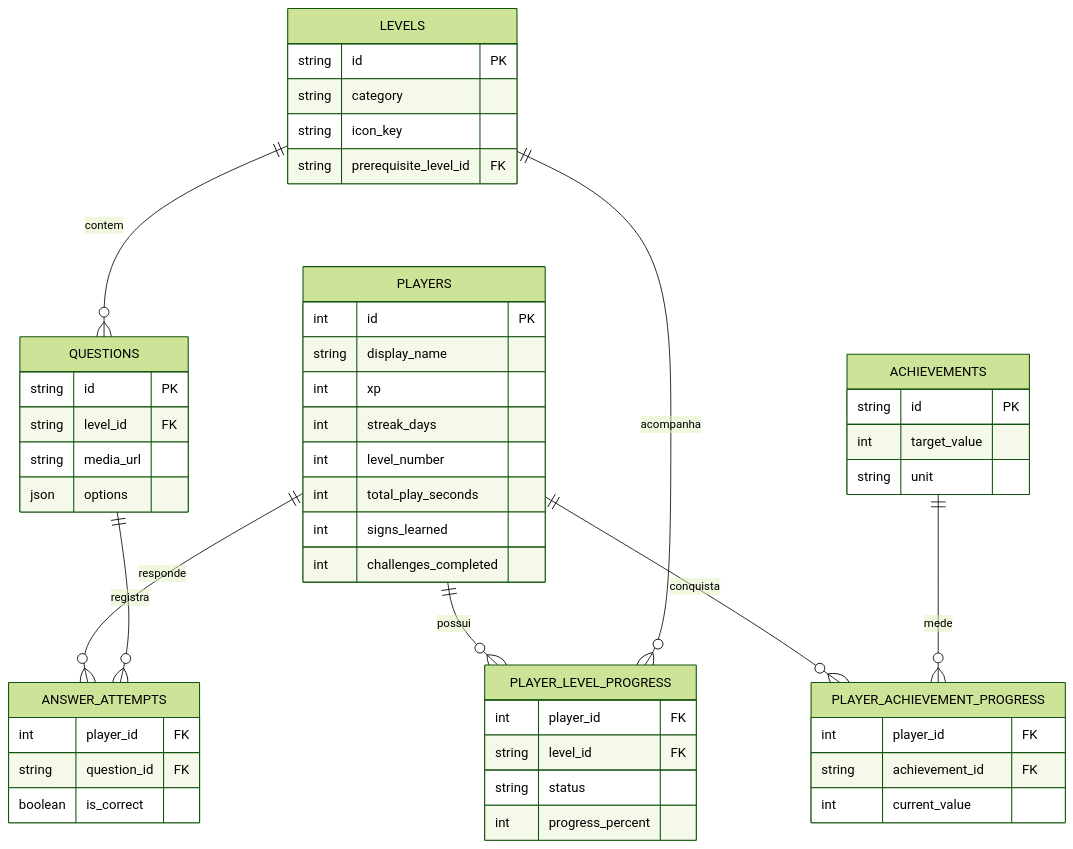
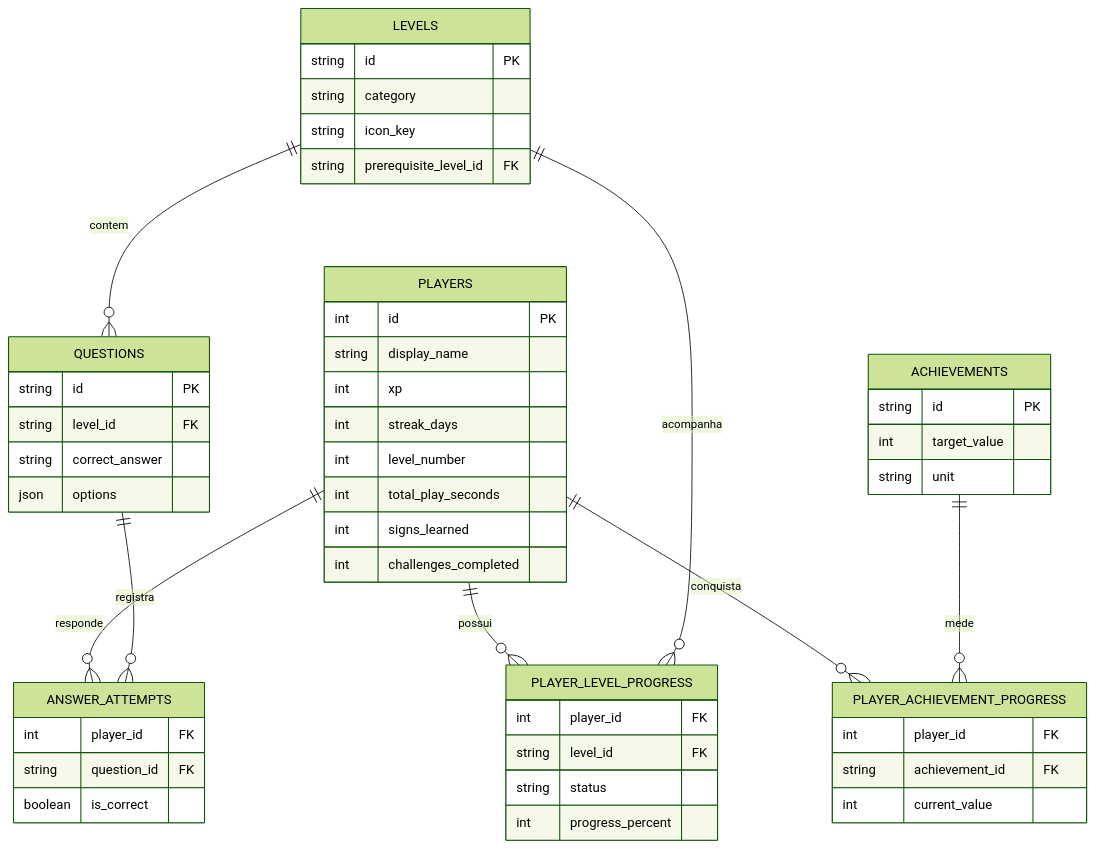
One commit to JVitorDkx/lbr-libras-app changed the diagram in README.md. Above: the diagram before and after it, drawn with Mermaid (forest theme). The commit also changed other lines of this file and 14 other files, not shown here.

````diff
--- a/README.md
+++ b/README.md
@@ -60,54 +60,54 @@
 ```mermaid
 erDiagram
     PLAYERS ||--o{ PLAYER_LEVEL_PROGRESS : possui
     PLAYERS ||--o{ ANSWER_ATTEMPTS : responde
     PLAYERS ||--o{ PLAYER_ACHIEVEMENT_PROGRESS : conquista
     LEVELS ||--o{ QUESTIONS : contem
     LEVELS ||--o{ PLAYER_LEVEL_PROGRESS : acompanha
     QUESTIONS ||--o{ ANSWER_ATTEMPTS : registra
     ACHIEVEMENTS ||--o{ PLAYER_ACHIEVEMENT_PROGRESS : mede
 
     PLAYERS {
         int id PK
         string display_name
         int xp
         int streak_days
         int level_number
         int total_play_seconds
         int signs_learned
         int challenges_completed
     }
     LEVELS {
         string id PK
         string category
         string icon_key
         string prerequisite_level_id FK
     }
     QUESTIONS {
         string id PK
         string level_id FK
-        string media_url
+        string correct_answer
         json options
     }
     PLAYER_LEVEL_PROGRESS {
         int player_id FK
         string level_id FK
         string status
         int progress_percent
     }
     ANSWER_ATTEMPTS {
         int player_id FK
         string question_id FK
         boolean is_correct
     }
     ACHIEVEMENTS {
         string id PK
         int target_value
         string unit
     }
     PLAYER_ACHIEVEMENT_PROGRESS {
         int player_id FK
         string achievement_id FK
         int current_value
     }
 ```
````
